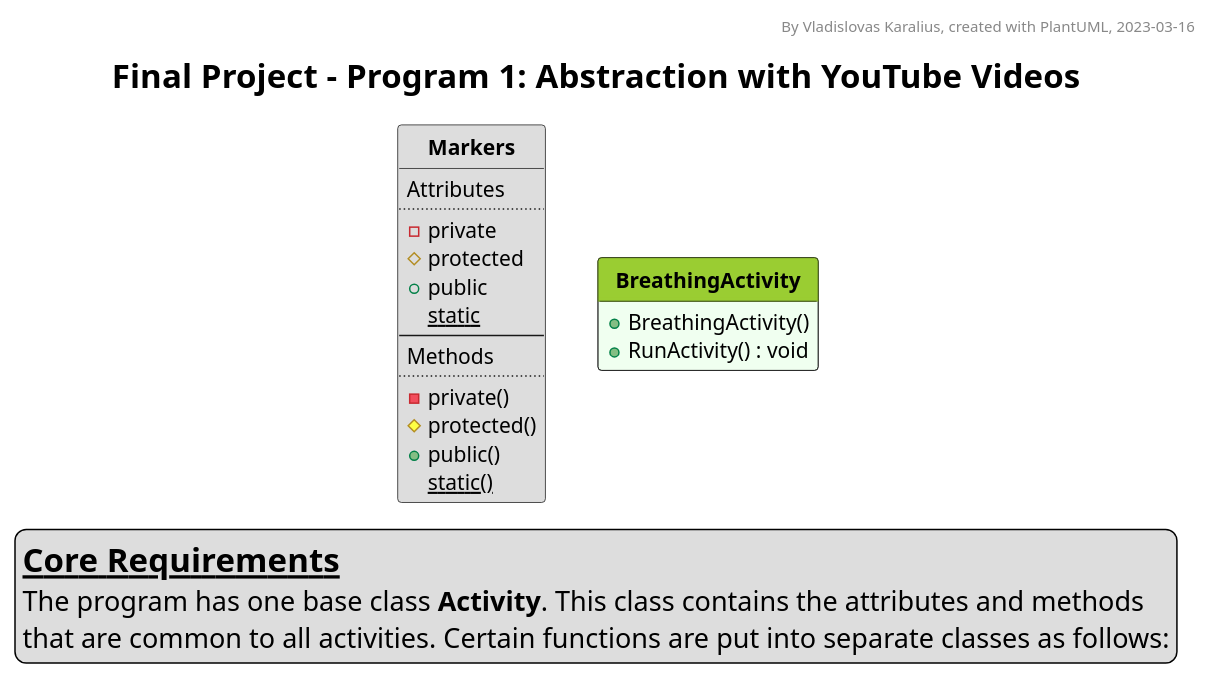
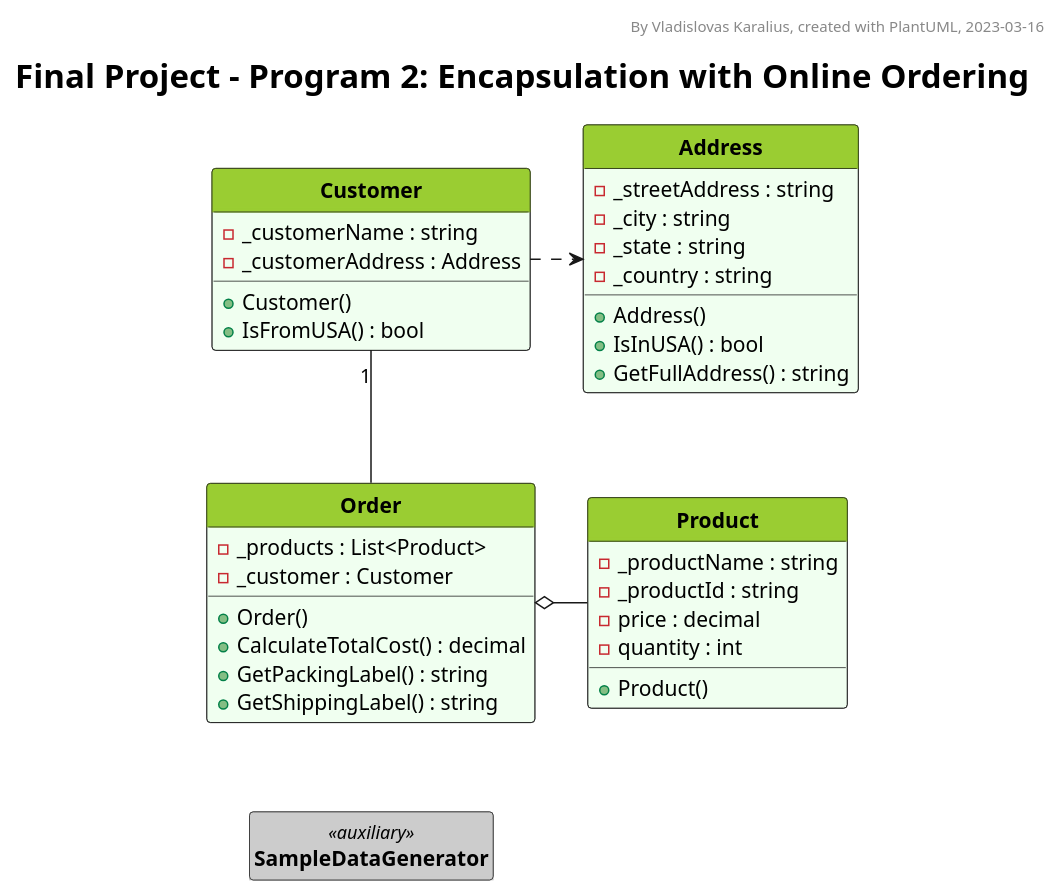
The diagram in final/Foundation2/UML_diagram.pu (VladKaralius/cse210-projects), drawn with PlantUML before and after one commit. The commit also changed 1 other file, not shown here.

Commit message:
Program 2 diagram draft

```diff
--- a/final/Foundation2/UML_diagram.pu
+++ b/final/Foundation2/UML_diagram.pu
@@ -1,94 +1,133 @@
 @startuml UML_diagram
 
 '--Formatting options--
 hide circle
 hide empty members
 'skinparam classAttributeIconSize 0
 skinparam style strictuml
 'skinparam groupInheritance 2
 'skinparam linetype ortho
 'skinparam Nodesep 15
 'skinparam Ranksep 25
 'left to right direction
 
 '--Styling--
 'skinparam BackgroundColor White/LightGreen
 skinparam TitleFontSize 22
 
 <style>
 classDiagram {
   class {
     '-attributes and methods-
     'FontSize 14
     'FontColor black
     'BackgroundColor #fefece
     BackgroundColor #f0fff0
     'RoundCorner 0
     '-class name-
     header {
       'FontSize 12
       'FontColor Black
       FontStyle bold
       BackgroundColor YellowGreen
     }
     
     ' Alternative class style 1
-    .gaming {
+    .style1 {
       BackgroundColor Bisque
       header {
         BackgroundColor Orange
       }
     }
 
     ' Alternative class style 2
-    .test {
+    .auxiliary {
       BackgroundColor #eeeeee
       header {
         BackgroundColor #cccccc
       }
     }
   }
   note {
     BackgroundColor Yellow
   }
   legend {
     FontSize 18
   }
 </style>
 
 '--Header, title, caption--
 header By Vladislovas Karalius, created with PlantUML, 2023-03-16
-title Final Project - Program 1: Abstraction with YouTube Videos
+title Final Project - Program 2: Encapsulation with Online Ordering
 'caption <:warning:>Constructors without parameters are not shown in this diagram
 
 ' Dummy class that explains visibility symbols
-class Markers #dddddd {
-Attributes
-..
-- private
-# protected
-+ public
-{static} static
---
-Methods
-..
-- private()
-# protected()
-+ public()
-{static} static()
+' class Markers #dddddd {
+' Attributes
+' ..
+' - private
+' # protected
+' + public
+' {static} static
+' --
+' Methods
+' ..
+' - private()
+' # protected()
+' + public()
+' {static} static()
+' }
+
+'--Main--
+class Order {
+  - _products : List<Product> 
+  - _customer : Customer
+  + Order()
+  + CalculateTotalCost() : decimal
+  + GetPackingLabel() : string
+  + GetShippingLabel() : string
 }
 
-'--Main--
-class BreathingActivity {
-  + BreathingActivity()
-  + RunActivity() : void
+class Product {
+  - _productName : string
+  - _productId : string
+  - price : decimal
+  - quantity : int
+  + Product()
 }
 
+class Customer {
+- _customerName : string
+- _customerAddress : Address
++ Customer()
++ IsFromUSA() : bool
+
+}
+
+class Address {
+  - _streetAddress : string
+  - _city : string
+  - _state : string
+  - _country : string
+  + Address()
+  + IsInUSA() : bool
+  + GetFullAddress() : string
+}
+
+class SampleDataGenerator <<auxiliary>> {
+
+}
+
+Order o- Product
+Customer "1" -- Order
+Customer .> Address
+Order .[hidden]. SampleDataGenerator
+
 '--Description--
-legend bottom
-<size:22>__**Core Requirements**__
-The program has one base class **Activity**. This class contains the attributes and methods
-that are common to all activities. Certain functions are put into separate classes as follows:
-endlegend
+' legend bottom
+' <size:22>__**Core Requirements**__
+' The program has one base class **Activity**. This class contains the attributes and methods
+' that are common to all activities. Certain functions are put into separate classes as follows:
+' endlegend
 
 @enduml
```
